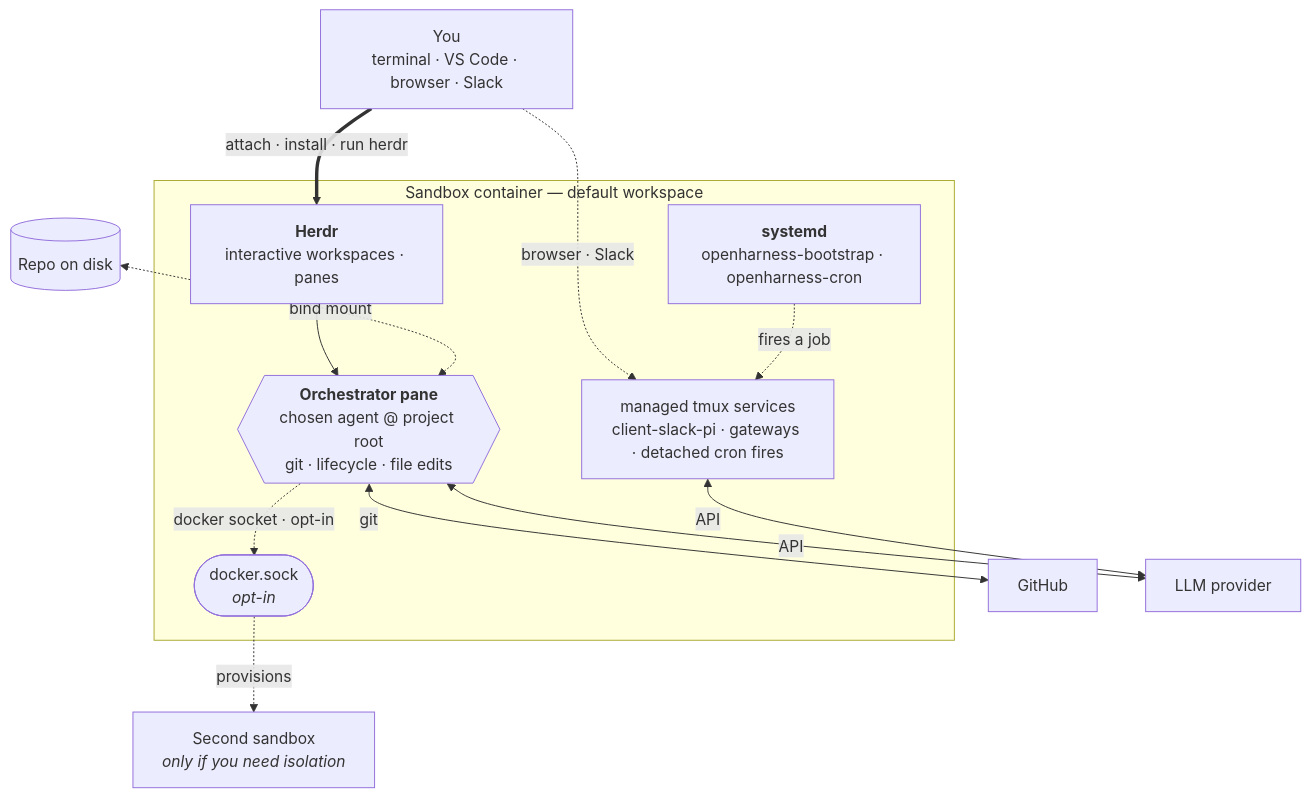
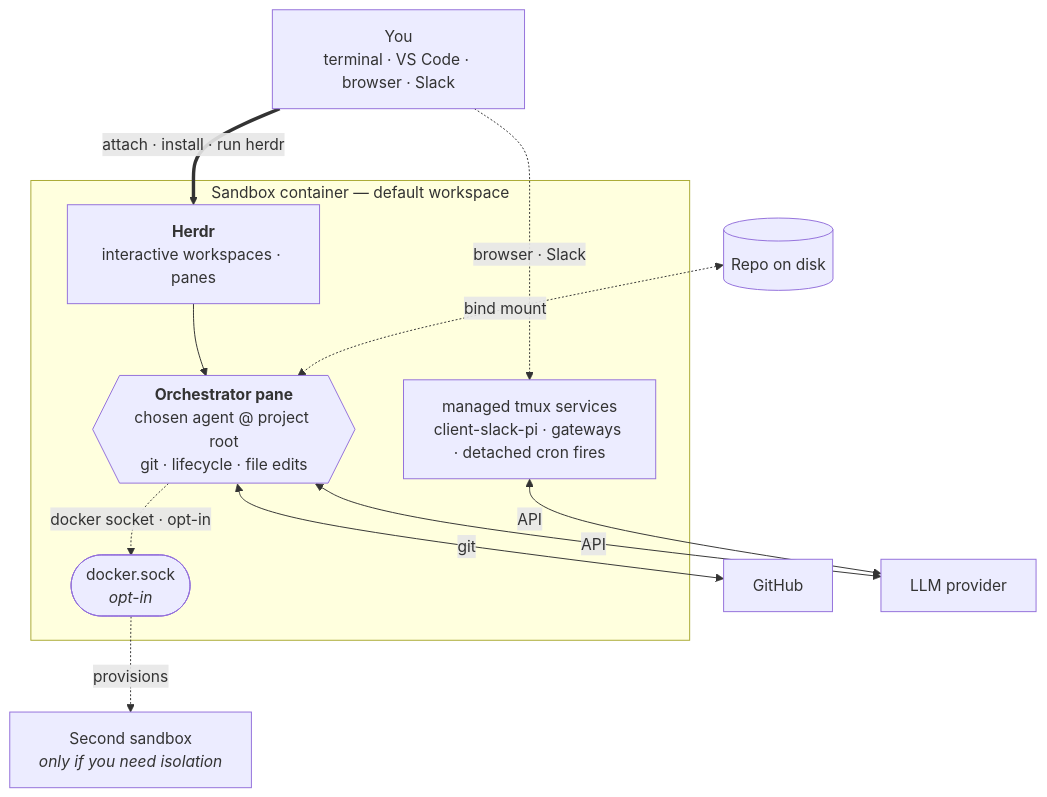
The diagram in docs/intro.md (mifunedev/agro-web), drawn with Mermaid before and after one commit. The commit also changed other lines of this file, not shown here.

````diff
--- a/docs/intro.md
+++ b/docs/intro.md
@@ -40,28 +33,26 @@
 ```mermaid
 flowchart TB
     You["You<br/>terminal · VS Code · browser · Slack"]
     Repo[("Repo on disk")]
     GH["GitHub"]
     LLM["LLM provider"]
 
     subgraph sandbox["Sandbox container — default workspace"]
         Herdr["<b>Herdr</b><br/>interactive workspaces · panes"]
         Orch{{"<b>Orchestrator pane</b><br/>chosen agent @ project root<br/>git · lifecycle · file edits"}}
-        Cron["<b>systemd</b><br/>openharness-bootstrap · openharness-cron"]
         Tmux["managed tmux services<br/>client-slack-pi · gateways · detached cron fires"]
         Sock(["docker.sock<br/><i>opt-in</i>"])
     end
 
     Sb2["Second sandbox<br/><i>only if you need isolation</i>"]
 
     You ==>|attach · install · run herdr| Herdr
     Herdr --> Orch
     You -.->|browser · Slack| Tmux
     Repo <-.->|bind mount| Orch
     Orch <-->|git| GH
     Orch <-->|API| LLM
     Tmux <-->|API| LLM
-    Cron -.->|fires a job| Tmux
     Orch -.->|docker socket · opt-in| Sock
     Sock -.->|provisions| Sb2
 ```
````
